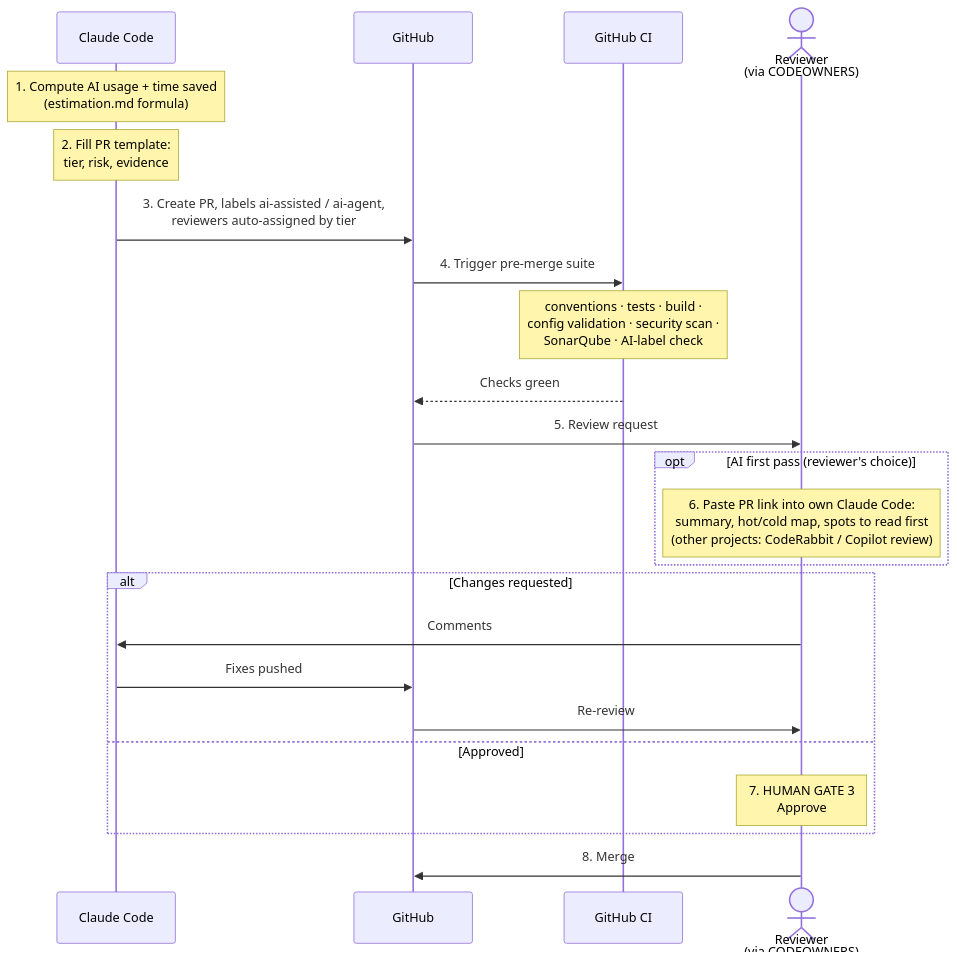
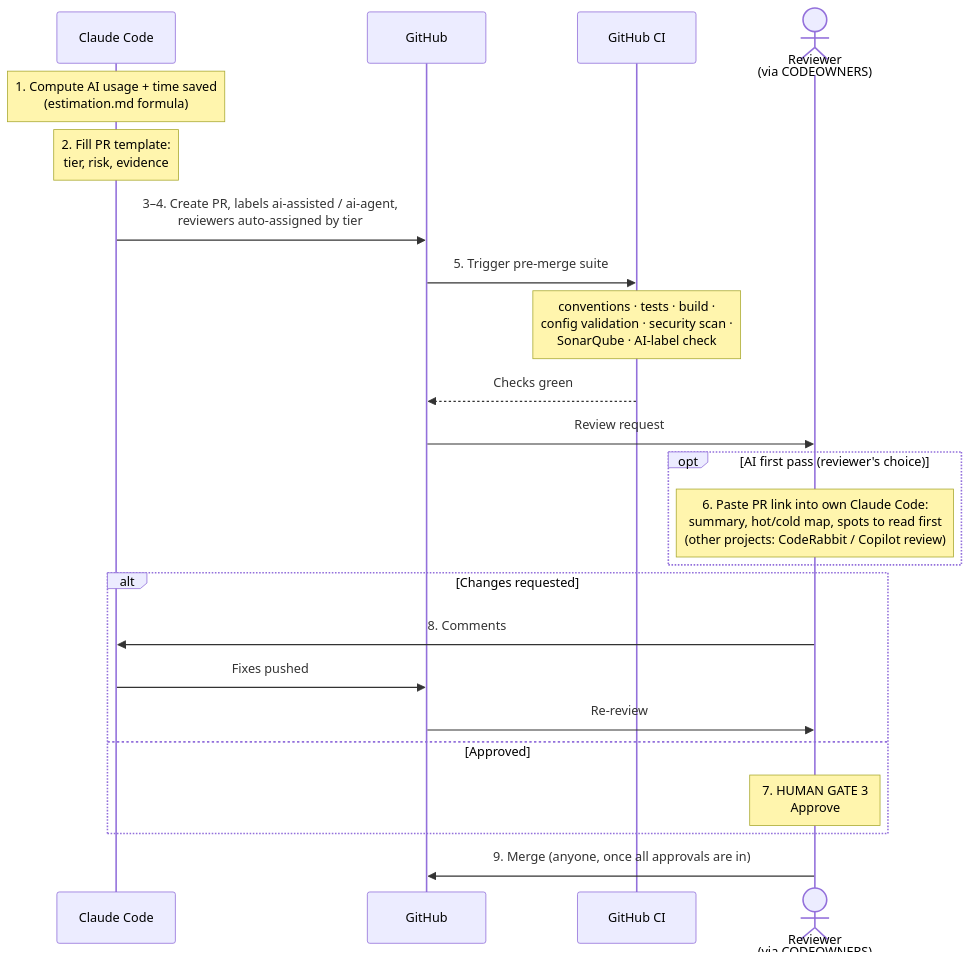
The fifth of 6 diagrams in docs/aidc-workflow-future.md (Seta-International/ai-sdlc-metrics), drawn with Mermaid before and after one commit. The commit also changed other lines of this file, not shown here.

Commit message:
docs: align actors and step numbers between phase tables and diagrams

````diff
--- a/docs/aidc-workflow-future.md
+++ b/docs/aidc-workflow-future.md
@@ -193,26 +193,26 @@
 ```mermaid
 sequenceDiagram
     participant CC as Claude Code
     participant GH as GitHub
     participant CI as GitHub CI
     actor Rev as Reviewer<br/>(via CODEOWNERS)
 
     Note over CC: 1. Compute AI usage + time saved<br/>(estimation.md formula)
     Note over CC: 2. Fill PR template:<br/>tier, risk, evidence
-    CC->>GH: 3. Create PR, labels ai-assisted / ai-agent,<br/>reviewers auto-assigned by tier
-    GH->>CI: 4. Trigger pre-merge suite
+    CC->>GH: 3–4. Create PR, labels ai-assisted / ai-agent,<br/>reviewers auto-assigned by tier
+    GH->>CI: 5. Trigger pre-merge suite
     Note over CI: conventions · tests · build ·<br/>config validation · security scan ·<br/>SonarQube · AI-label check
     CI-->>GH: Checks green
-    GH->>Rev: 5. Review request
+    GH->>Rev: Review request
     opt AI first pass (reviewer's choice)
         Note over Rev: 6. Paste PR link into own Claude Code:<br/>summary, hot/cold map, spots to read first<br/>(other projects: CodeRabbit / Copilot review)
     end
     alt Changes requested
-        Rev->>CC: Comments
+        Rev->>CC: 8. Comments
         CC->>GH: Fixes pushed
         GH->>Rev: Re-review
     else Approved
         Note over Rev: 7. HUMAN GATE 3<br/>Approve
     end
-    Rev->>GH: 8. Merge
+    Rev->>GH: 9. Merge (anyone, once all approvals are in)
 ```
````
